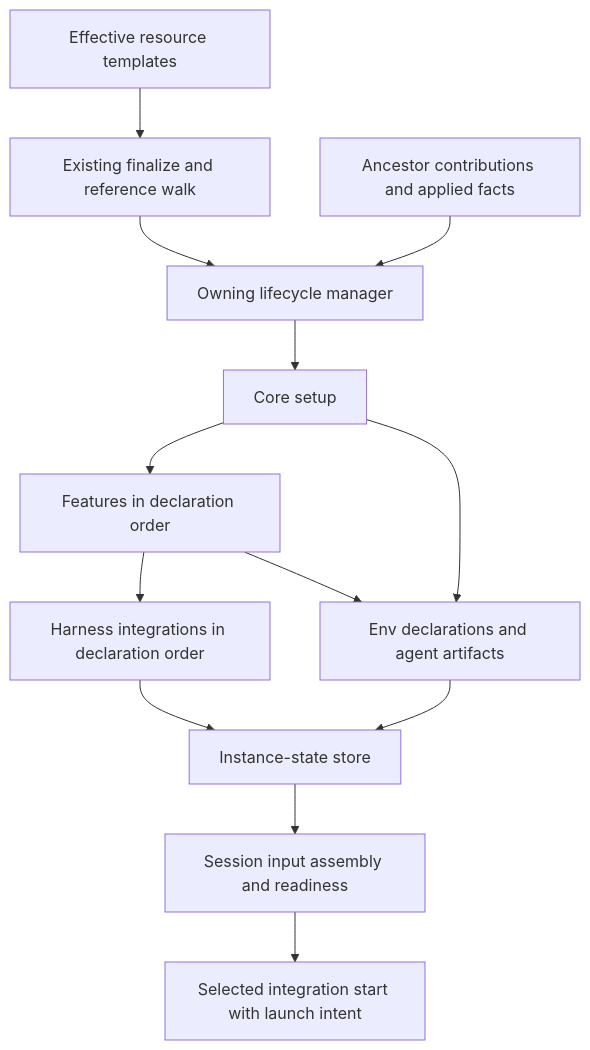
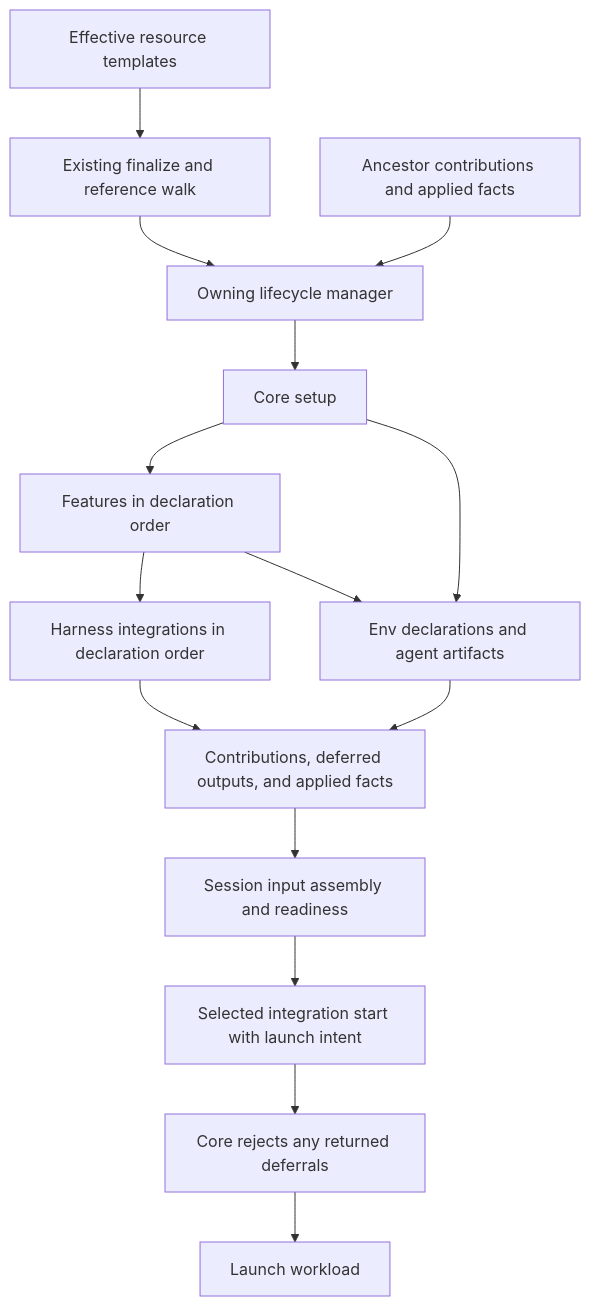
The diagram in docs/sdd/2026-09-06-harness-scope-framework/hla.md (WayfarerLabs/agentworks), drawn with Mermaid before and after one commit. The commit also changed other lines of this file and 1 other file, not shown here.

````diff
--- a/docs/sdd/2026-09-06-harness-scope-framework/hla.md
+++ b/docs/sdd/2026-09-06-harness-scope-framework/hla.md
@@ -19,15 +26,17 @@
 ```mermaid
 flowchart TD
     Templates[Effective resource templates] --> Graph[Existing finalize and reference walk]
     Graph --> Owner[Owning lifecycle manager]
     Ancestors[Ancestor contributions and applied facts] --> Owner
     Owner --> Core[Core setup]
     Core --> Features[Features in declaration order]
     Features --> Harnesses[Harness integrations in declaration order]
-    Harnesses --> Store[Instance-state store]
+    Harnesses --> Store[Contributions, deferred outputs, and applied facts]
     Core --> Contributions[Env declarations and agent artifacts]
     Features --> Contributions
     Contributions --> Store
     Store --> Session[Session input assembly and readiness]
     Session --> Start[Selected integration start with launch intent]
+    Start --> Check[Core rejects any returned deferrals]
+    Check --> Launch[Launch workload]
 ```
````
